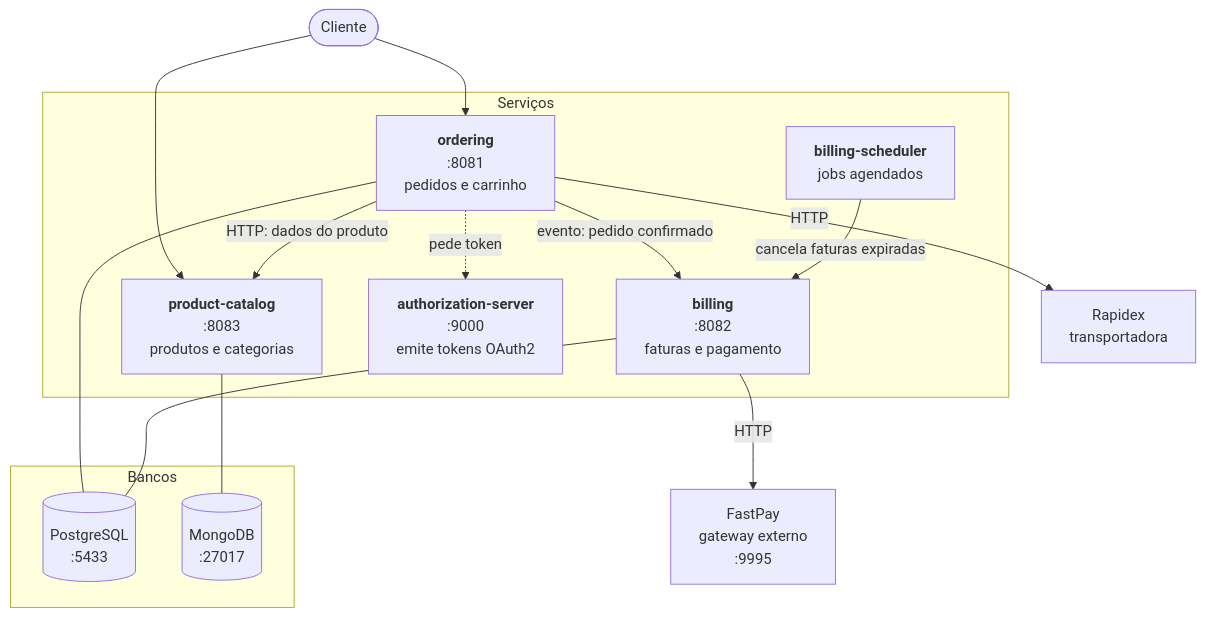
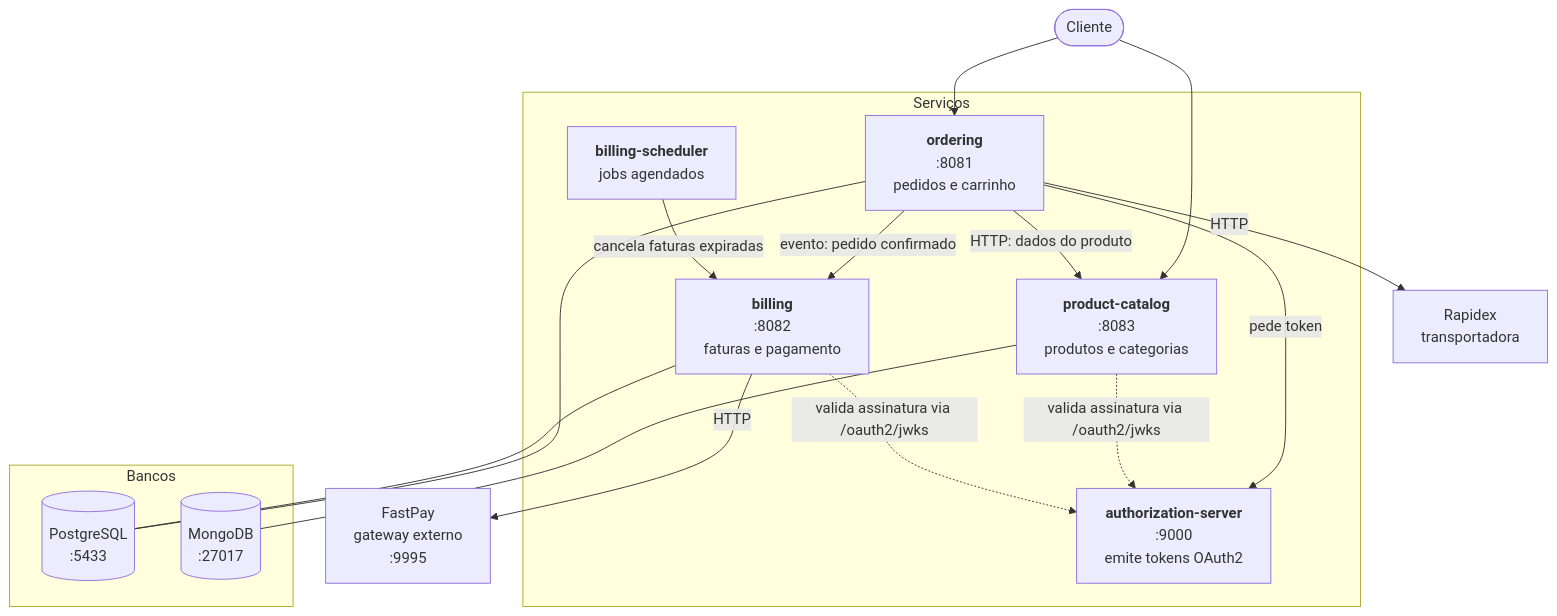
Before and after one commit to gabriel-lima258/algashop-docs: the diagram in 00-visao-geral/arquitetura.md, drawn with Mermaid. The commit also changed other lines of this file and 10 other files, not shown here.

````diff
--- a/00-visao-geral/arquitetura.md
+++ b/00-visao-geral/arquitetura.md
@@ -11,33 +11,35 @@
 ```mermaid
 graph TB
     Cliente([Cliente])
 
     subgraph Serviços
         O["<b>ordering</b><br/>:8081<br/>pedidos e carrinho"]
         C["<b>product-catalog</b><br/>:8083<br/>produtos e categorias"]
         B["<b>billing</b><br/>:8082<br/>faturas e pagamento"]
         S["<b>billing-scheduler</b><br/>jobs agendados"]
         A["<b>authorization-server</b><br/>:9000<br/>emite tokens OAuth2"]
     end
 
     subgraph Bancos
         PG[(PostgreSQL<br/>:5433)]
         MG[(MongoDB<br/>:27017)]
     end
 
     FP[FastPay<br/>gateway externo<br/>:9995]
     RX[Rapidex<br/>transportadora]
 
     Cliente --> O
     Cliente --> C
     O -->|HTTP: dados do produto| C
     O -->|evento: pedido confirmado| B
     B -->|HTTP| FP
     O -->|HTTP| RX
     S -->|cancela faturas expiradas| B
-    O -.->|pede token| A
+    O -->|pede token| A
+    C -.->|valida assinatura via /oauth2/jwks| A
+    B -.->|valida assinatura via /oauth2/jwks| A
 
     O --- PG
     B --- PG
     C --- MG
 ```
````
